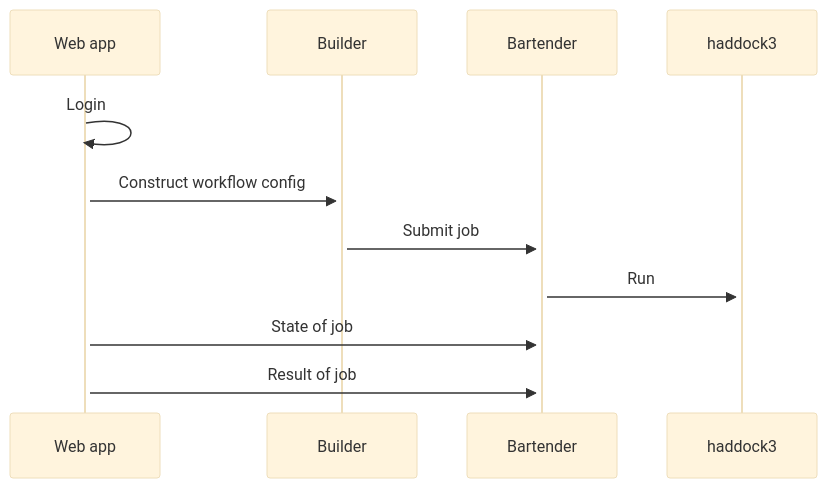
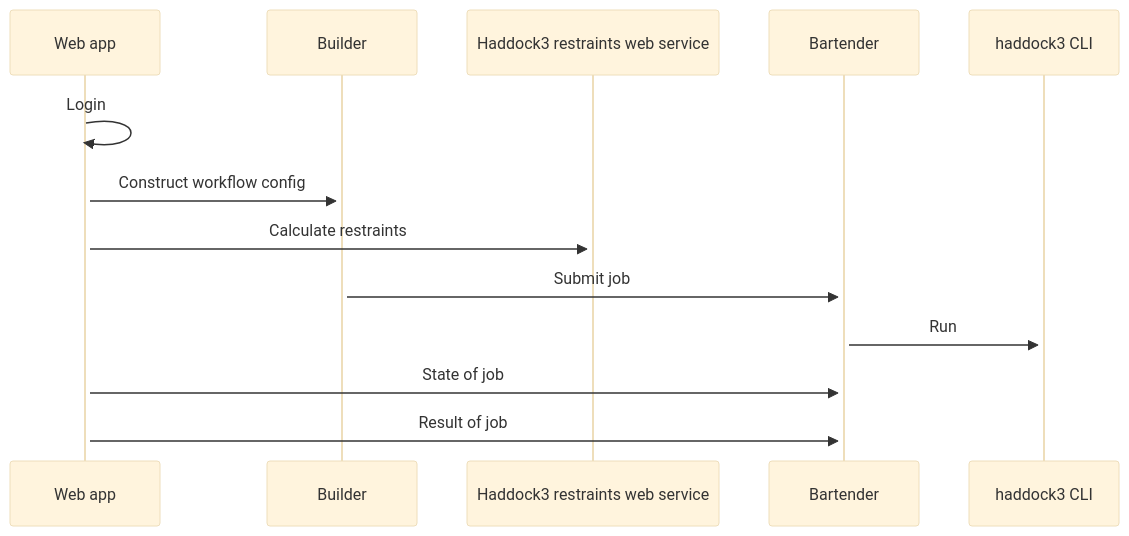
One commit to i-VRESSE/haddock3-webapp changed the diagram in README.md. Above: the diagram before and after it, drawn with Mermaid (base theme).

Commit message:
Add h3r ws to diagram

````diff
--- a/README.md
+++ b/README.md
@@ -17,9 +17,10 @@
 ```mermaid
 sequenceDiagram
     Web app->>+Web app: Login
     Web app->>+Builder: Construct workflow config
+    Web app->>+Haddock3 restraints web service: Calculate restraints
     Builder->>+Bartender: Submit job
-    Bartender->>+haddock3: Run
+    Bartender->>+haddock3 CLI: Run
     Web app->>+Bartender: State of job
     Web app->>+Bartender: Result of job
 ```
````
